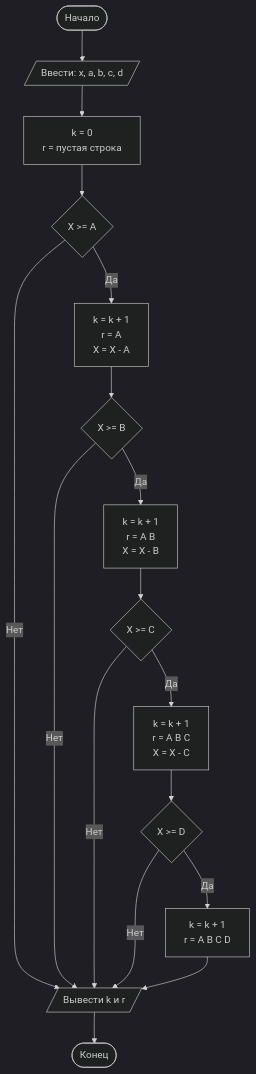
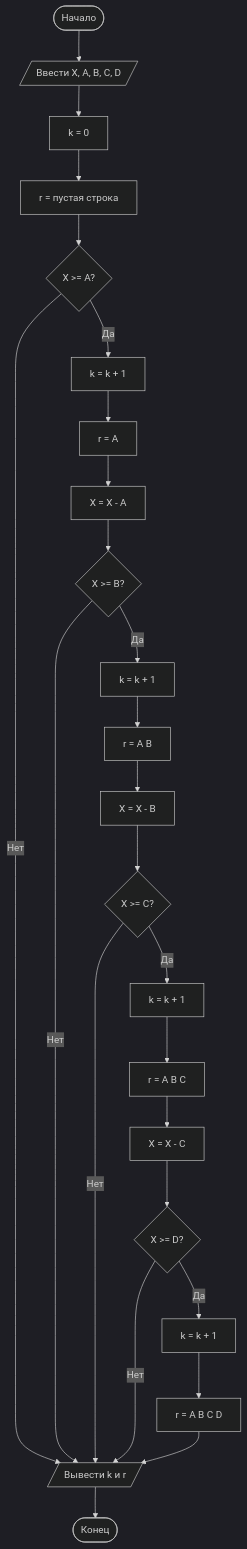
The diagram in README.md (pilsikovairina2-stack/lab1), drawn with Mermaid (dark theme) before and after one commit.

````diff
--- a/README.md
+++ b/README.md
@@ -151,24 +151,38 @@
 ```mermaid
 flowchart TD
-    A([Начало]) --> B[/Ввести: x, a, b, c, d/]
-    B --> C[k = 0<br/>r = пустая строка]
-    
-    C --> D{X >= A}
-    D -- Нет --> Z[/Вывести k и r/]
-    D -- Да --> E[k = k + 1<br/>r = A<br/>X = X - A]
-    
-    E --> F{X >= B}
-    F -- Нет --> Z
-    F -- Да --> G[k = k + 1<br/>r = A B<br/>X = X - B]
-    
-    G --> H{X >= C}
-    H -- Нет --> Z
-    H -- Да --> I[k = k + 1<br/>r = A B C<br/>X = X - C]
-    
-    I --> J{X >= D}
-    J -- Нет --> Z
-    J -- Да --> K[k = k + 1<br/>r = A B C D]
-    
-    K --> Z
-    Z --> L([Конец])
+
+    A([Начало]) --> B[/Ввести X, A, B, C, D/]
+    B --> C[k = 0]
+    C --> C1[r = пустая строка]
+
+    C1 --> D{X >= A?}
+
+    D -- Нет --> OUT[/Вывести k и r/]
+    D -- Да --> E[k = k + 1]
+    E --> E1[r = A]
+    E1 --> E2[X = X - A]
+
+    E2 --> F{X >= B?}
+
+    F -- Нет --> OUT
+    F -- Да --> G[k = k + 1]
+    G --> G1[r = A B]
+    G1 --> G2[X = X - B]
+
+    G2 --> H{X >= C?}
+
+    H -- Нет --> OUT
+    H -- Да --> I[k = k + 1]
+    I --> I1[r = A B C]
+    I1 --> I2[X = X - C]
+
+    I2 --> J{X >= D?}
+
+    J -- Нет --> OUT
+    J -- Да --> K[k = k + 1]
+    K --> K1[r = A B C D]
+
+    K1 --> OUT
+
+    OUT --> L([Конец])
 ```
````
